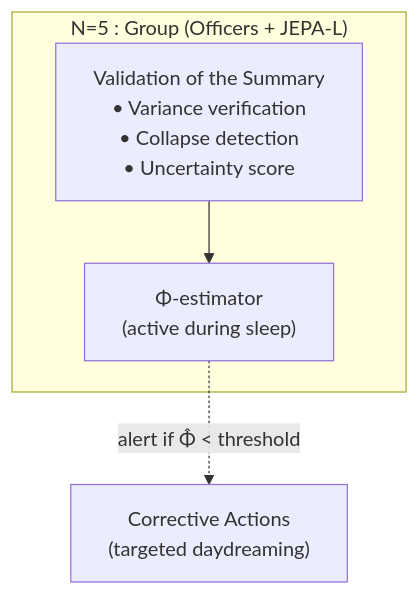
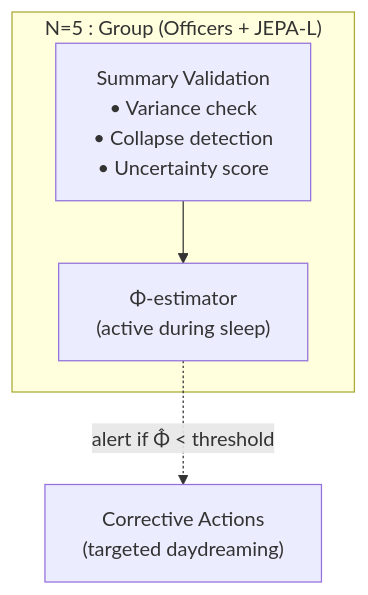
The sixth of 9 diagrams in architecture/architecture.md (AlainCo/GNWT-Garrigue-X-en), drawn with Mermaid before and after one commit. The commit also changed other lines of this file and 24 other files, not shown here.

````diff
--- a/architecture/architecture.md
+++ b/architecture/architecture.md
@@ -116,10 +115,10 @@
 ```mermaid
 flowchart TD
     subgraph N5 ["N=5 : Group (Officers + JEPA-L)"]
-        V5["Validation of the Summary<br>• Variance verification<br>• Collapse detection<br>• Uncertainty score"]
+        V5["Summary Validation<br>• Variance check<br>• Collapse detection<br>• Uncertainty score"]
         PHI["Φ-estimator<br>(active during sleep)"]
     end
 
     V5 --> PHI
     PHI -.->|"alert if Φ̂ < threshold"| Actions["Corrective Actions<br>(targeted daydreaming)"]
 ```
````
